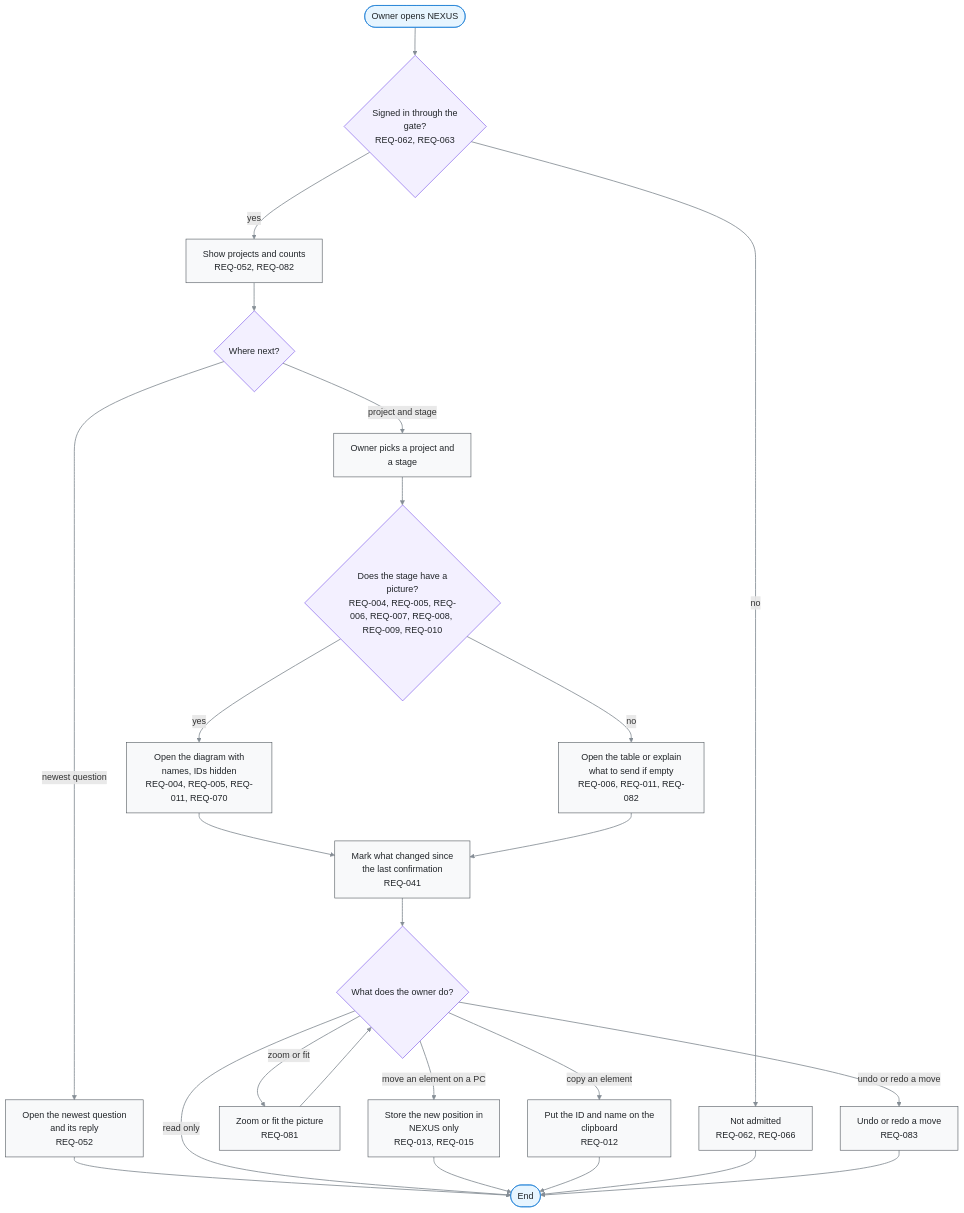
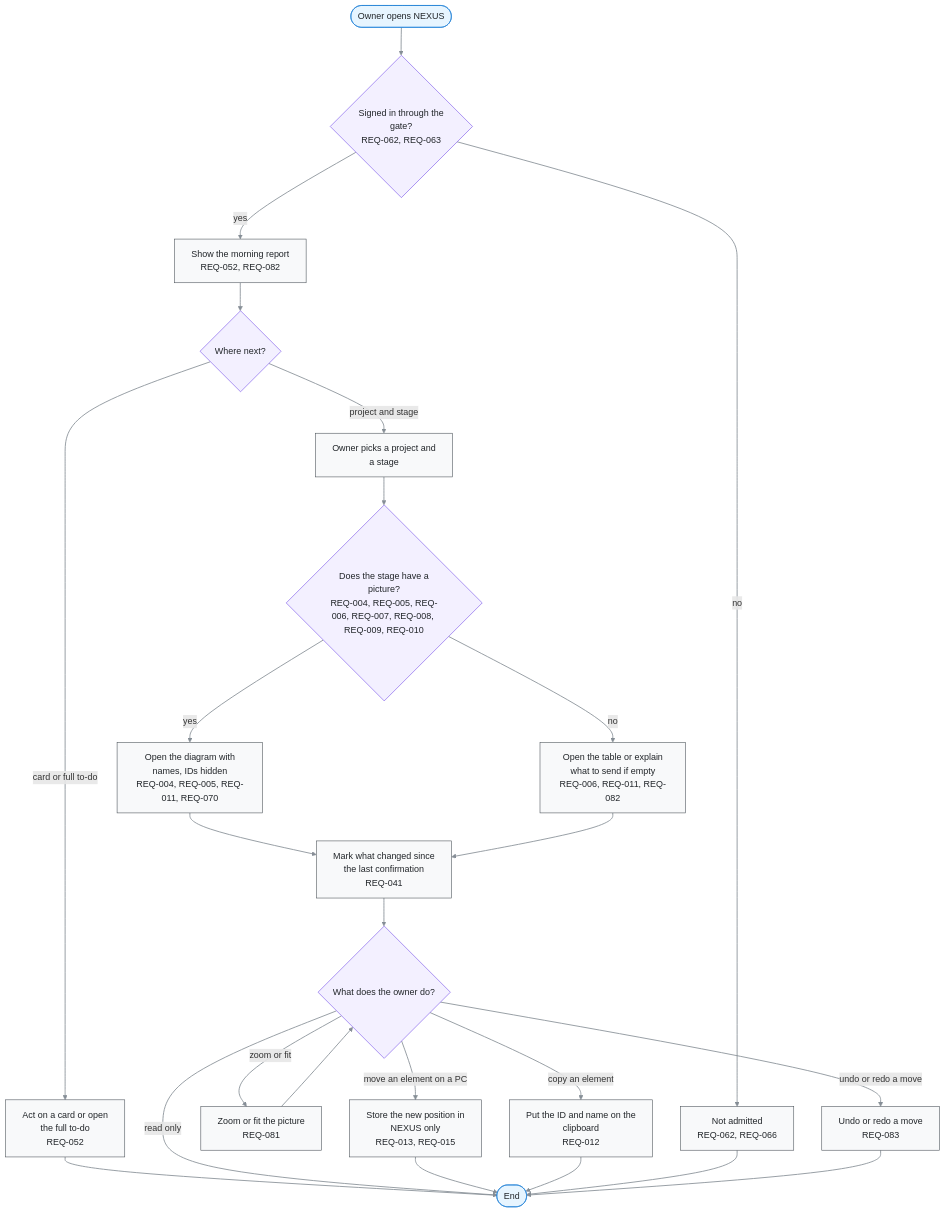
One commit to kodonghui/corthex-nexus changed the diagram in docs/03-user-flow/FL-002-read-a-stage-from-the-to-do.md. Above: the diagram before and after it, drawn with Mermaid. The commit also changed other lines of this file and 63 other files, not shown here.

First line of the commit message:
Add the morning report and guided picture review (#179)

````diff
--- a/docs/03-user-flow/FL-002-read-a-stage-from-the-to-do.md
+++ b/docs/03-user-flow/FL-002-read-a-stage-from-the-to-do.md
@@ -9,53 +9,53 @@
 ```mermaid
 flowchart TD
   A(["Owner opens NEXUS"])
   B{"Signed in through the<br/>gate?<br/>REQ-062, REQ-063"}
-  C["Show projects and counts<br/>REQ-052, REQ-082"]
+  C["Show the morning report<br/>REQ-052, REQ-082"]
   D["Owner picks a project and<br/>a stage"]
   E{"Does the stage have a<br/>picture?<br/>REQ-004, REQ-005, REQ-006, REQ-007, REQ-008, REQ-009, REQ-010"}
   F["Open the diagram with<br/>names, IDs hidden<br/>REQ-004, REQ-005, REQ-011, REQ-070"]
   G["Open the table or explain<br/>what to send if empty<br/>REQ-006, REQ-011, REQ-082"]
   H["Mark what changed since<br/>the last confirmation<br/>REQ-041"]
   I{"What does the owner do?"}
   J["Store the new position in<br/>NEXUS only<br/>REQ-013, REQ-015"]
   K["Put the ID and name on the<br/>clipboard<br/>REQ-012"]
   L["Zoom or fit the picture<br/>REQ-081"]
   N["Undo or redo a move<br/>REQ-083"]
   R1["Not admitted<br/>REQ-062, REQ-066"]
   Q0{"Where next?"}
-  Q["Open the newest question<br/>and its reply<br/>REQ-052"]
+  Q["Act on a card or open<br/>the full to-do<br/>REQ-052"]
   Z(["End"])
   A e1@--> B
   B e2@-->|no| R1
   B e3@-->|yes| C
   C e4@--> Q0
   Q0 e21@-->|project and stage| D
-  Q0 e22@-->|newest question| Q
+  Q0 e22@-->|card or full to-do| Q
   Q e23@--> Z
   D e5@--> E
   E e6@-->|yes| F
   E e7@-->|no| G
   F e8@--> H
   G e9@--> H
   H e10@--> I
   I e11@-->|move an element on a PC| J
   I e12@-->|copy an element| K
   I e13@-->|read only| Z
   J e14@--> Z
   K e15@--> Z
   R1 e16@--> Z
   I e17@-->|zoom or fit| L
   L e18@--> I
   I e19@-->|undo or redo a move| N
   N e20@--> Z
   %% legend: below
   classDef term fill:#e7f5ff,stroke:#1c7ed6,color:#212529
   classDef proc fill:#f8f9fa,stroke:#495057,color:#212529
   classDef decide fill:#f3f0ff,stroke:#7048e8,color:#212529
   classDef gap fill:#f1f3f5,stroke:#adb5bd,stroke-dasharray:2 3,color:#495057
   classDef pass stroke:#868e96,stroke-width:1.5px
   class A,Z term
   class C,D,F,G,H,J,K,L,N,Q,R1 proc
   class B,E,I,Q0 decide
   class e1,e2,e3,e4,e5,e6,e7,e8,e9,e10,e11,e12,e13,e14,e15,e16,e17,e18,e19,e20,e21,e22,e23 pass
 ```
````
